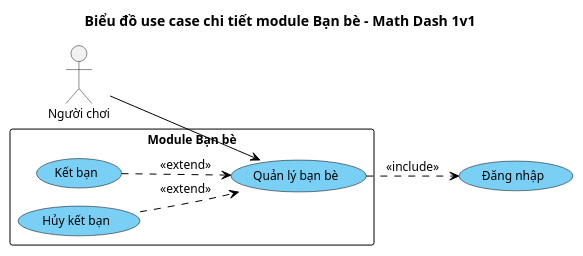
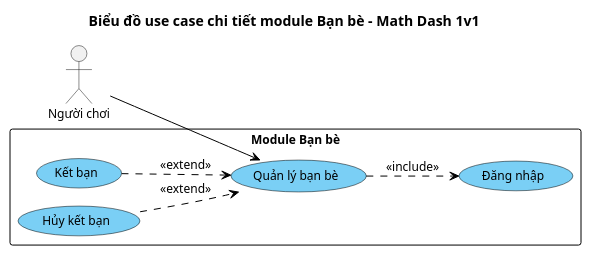
The diagram in docs/hung/uc-chi-tiet-ban-be.puml (HungNguyenBa1811/math-dash), drawn with PlantUML before and after one commit. The commit also changed 5 other files, not shown here.

Commit message:
docs(M3-01): use case Đăng nhập nằm trong biên hệ thống ở 3 biểu đồ use case chi tiết

```diff
--- a/docs/hung/uc-chi-tiet-ban-be.puml
+++ b/docs/hung/uc-chi-tiet-ban-be.puml
@@ -1,38 +1,38 @@
 @startuml uc-chi-tiet-ban-be
 !pragma layout smetana
 ' === VP Base Theme v2 ===
 skinparam defaultFontName "Segoe UI"
 skinparam defaultFontSize 12
 skinparam shadowing false
 skinparam arrowColor #000000
 skinparam lineColor #000000
 hide circle
 
 skinparam usecase {
   BackgroundColor #7ACFF5
   BorderColor Black
   FontColor Black
 }
 skinparam rectangle {
   BackgroundColor #FFFFFF
   BorderColor Black
 }
 
 left to right direction
 title Biểu đồ use case chi tiết module Bạn bè – Math Dash 1v1
 
 actor "Người chơi" as A1
 
 rectangle "Module Bạn bè" {
   usecase "Quản lý bạn bè" as UC07
   usecase "Kết bạn" as KB
   usecase "Hủy kết bạn" as HUY
+  usecase "Đăng nhập" as DN
 }
-usecase "Đăng nhập" as DN
 
 A1 --> UC07
 
 UC07 ..> DN : <<include>>
 KB ..> UC07 : <<extend>>
 HUY ..> UC07 : <<extend>>
 @enduml
```
